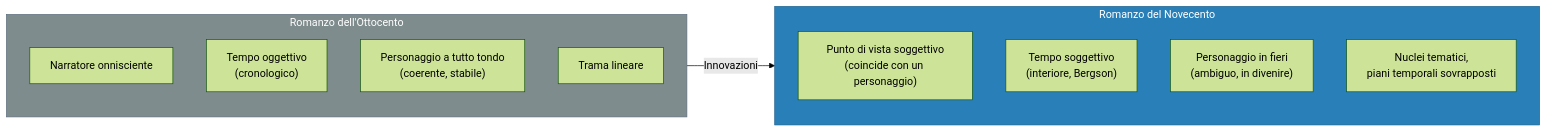
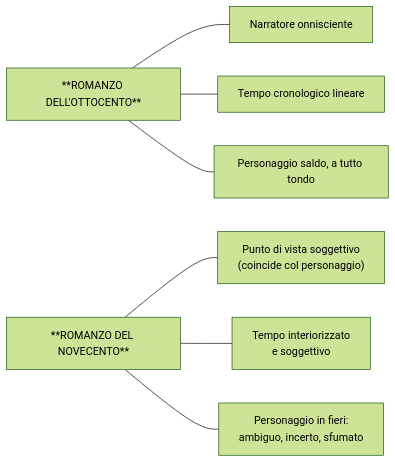
The first of 3 diagrams in italiano/romanzo-novecento/mega-schema.md (riccardo-algorime/appunti-5Bsa), drawn with Mermaid (forest theme) before and after one commit. The commit also changed other lines of this file and 23 other files, not shown here.

````diff
--- a/italiano/romanzo-novecento/mega-schema.md
+++ b/italiano/romanzo-novecento/mega-schema.md
@@ -400,19 +45,10 @@
 ```mermaid
 flowchart LR
-    subgraph OTT["Romanzo dell'Ottocento"]
-        O1["Narratore onnisciente"]
-        O2["Tempo oggettivo<br/>(cronologico)"]
-        O3["Personaggio a tutto tondo<br/>(coerente, stabile)"]
-        O4["Trama lineare"]
-    end
-    subgraph NOV["Romanzo del Novecento"]
-        N1["Punto di vista soggettivo<br/>(coincide con un personaggio)"]
-        N2["Tempo soggettivo<br/>(interiore, Bergson)"]
-        N3["Personaggio in fieri<br/>(ambiguo, in divenire)"]
-        N4["Nuclei tematici,<br/>piani temporali sovrapposti"]
-    end
-    OTT -->|"Innovazioni"| NOV
+    A["**ROMANZO DELL'OTTOCENTO**"] --- B["Narratore onnisciente"]
+    A --- C["Tempo cronologico lineare"]
+    A --- D["Personaggio saldo, a tutto tondo"]
 
-    style OTT fill:#7f8c8d,stroke:#5d6d7e,color:#fff
-    style NOV fill:#2980b9,stroke:#1f618d,color:#fff
+    E["**ROMANZO DEL NOVECENTO**"] --- F["Punto di vista soggettivo<br/>(coincide col personaggio)"]
+    E --- G["Tempo interiorizzato<br/>e soggettivo"]
+    E --- H["Personaggio in fieri:<br/>ambiguo, incerto, sfumato"]
 ```
````
